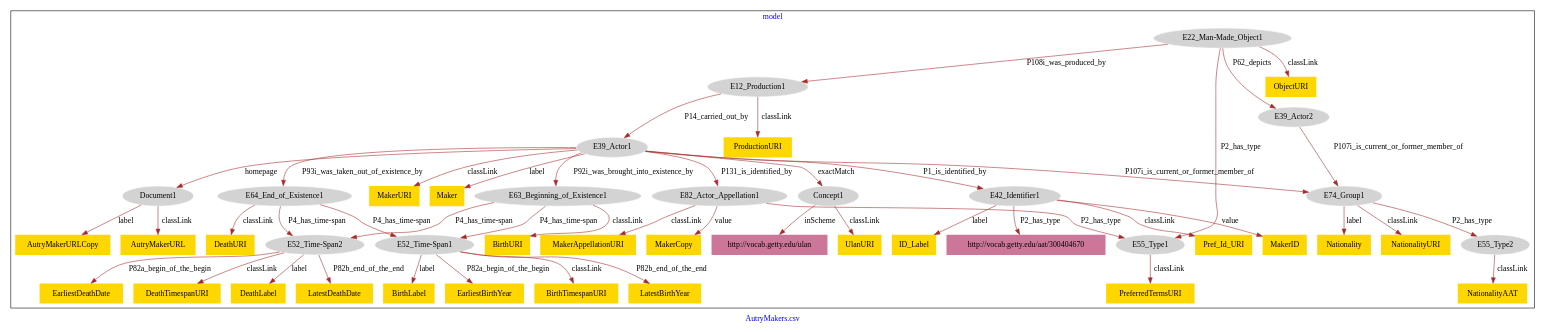
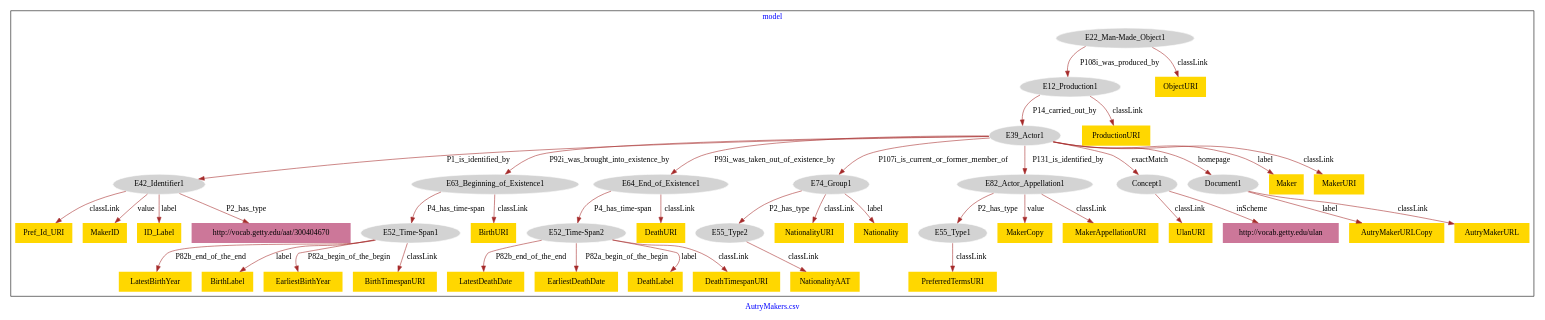
The diagram in AutryMakers/AutryMakers-model.dot (american-art/autry), drawn with Graphviz before and after one commit.

Commit message:
Update file AutryMakers-model.dot

```diff
--- a/AutryMakers/AutryMakers-model.dot
+++ b/AutryMakers/AutryMakers-model.dot
@@ -1,97 +1,91 @@
 digraph n0 {
 fontcolor="blue"
 remincross="true"
 label="AutryMakers.csv"
 subgraph cluster {
 label="model"
 n2[style="filled",color="white",fillcolor="lightgray",label="E12_Production1"];
 n3[style="filled",color="white",fillcolor="lightgray",label="E39_Actor1"];
 n4[style="filled",color="white",fillcolor="lightgray",label="E22_Man-Made_Object1"];
-n5[style="filled",color="white",fillcolor="lightgray",label="E39_Actor2"];
-n6[style="filled",color="white",fillcolor="lightgray",label="E42_Identifier1"];
-n7[style="filled",color="white",fillcolor="lightgray",label="E63_Beginning_of_Existence1"];
-n8[style="filled",color="white",fillcolor="lightgray",label="E64_End_of_Existence1"];
+n5[style="filled",color="white",fillcolor="lightgray",label="E42_Identifier1"];
+n6[style="filled",color="white",fillcolor="lightgray",label="E63_Beginning_of_Existence1"];
+n7[style="filled",color="white",fillcolor="lightgray",label="E64_End_of_Existence1"];
+n8[style="filled",color="white",fillcolor="lightgray",label="E74_Group1"];
 n9[style="filled",color="white",fillcolor="lightgray",label="E82_Actor_Appellation1"];
 n10[style="filled",color="white",fillcolor="lightgray",label="Concept1"];
 n11[style="filled",color="white",fillcolor="lightgray",label="Document1"];
-n12[style="filled",color="white",fillcolor="lightgray",label="E74_Group1"];
+n12[style="filled",color="white",fillcolor="lightgray",label="E52_Time-Span1"];
 n13[style="filled",color="white",fillcolor="lightgray",label="E52_Time-Span2"];
-n14[style="filled",color="white",fillcolor="lightgray",label="E52_Time-Span1"];
-n15[style="filled",color="white",fillcolor="lightgray",label="E55_Type2"];
-n16[style="filled",color="white",fillcolor="lightgray",label="E55_Type1"];
+n14[style="filled",color="white",fillcolor="lightgray",label="E55_Type2"];
+n15[style="filled",color="white",fillcolor="lightgray",label="E55_Type1"];
+n16[shape="plaintext",style="filled",fillcolor="gold",label="ProductionURI"];
 n17[shape="plaintext",style="filled",fillcolor="gold",label="NationalityAAT"];
-n18[shape="plaintext",style="filled",fillcolor="gold",label="ObjectURI"];
-n19[shape="plaintext",style="filled",fillcolor="gold",label="BirthURI"];
-n20[shape="plaintext",style="filled",fillcolor="gold",label="MakerURI"];
-n21[shape="plaintext",style="filled",fillcolor="gold",label="Pref_Id_URI"];
-n22[shape="plaintext",style="filled",fillcolor="gold",label="ProductionURI"];
-n23[shape="plaintext",style="filled",fillcolor="gold",label="EarliestDeathDate"];
-n24[shape="plaintext",style="filled",fillcolor="gold",label="AutryMakerURL"];
-n25[shape="plaintext",style="filled",fillcolor="gold",label="Maker"];
-n26[shape="plaintext",style="filled",fillcolor="gold",label="DeathTimespanURI"];
-n27[shape="plaintext",style="filled",fillcolor="gold",label="Nationality"];
-n28[shape="plaintext",style="filled",fillcolor="gold",label="MakerAppellationURI"];
-n29[shape="plaintext",style="filled",fillcolor="gold",label="BirthLabel"];
-n30[shape="plaintext",style="filled",fillcolor="gold",label="DeathLabel"];
-n31[shape="plaintext",style="filled",fillcolor="gold",label="MakerCopy"];
-n32[shape="plaintext",style="filled",fillcolor="gold",label="DeathURI"];
-n33[shape="plaintext",style="filled",fillcolor="gold",label="EarliestBirthYear"];
-n34[shape="plaintext",style="filled",fillcolor="gold",label="PreferredTermsURI"];
-n35[shape="plaintext",style="filled",fillcolor="gold",label="BirthTimespanURI"];
-n36[shape="plaintext",style="filled",fillcolor="gold",label="NationalityURI"];
-n37[shape="plaintext",style="filled",fillcolor="gold",label="MakerID"];
+n18[shape="plaintext",style="filled",fillcolor="gold",label="DeathURI"];
+n19[shape="plaintext",style="filled",fillcolor="gold",label="Pref_Id_URI"];
+n20[shape="plaintext",style="filled",fillcolor="gold",label="PreferredTermsURI"];
+n21[shape="plaintext",style="filled",fillcolor="gold",label="MakerID"];
+n22[shape="plaintext",style="filled",fillcolor="gold",label="LatestBirthYear"];
+n23[shape="plaintext",style="filled",fillcolor="gold",label="Maker"];
+n24[shape="plaintext",style="filled",fillcolor="gold",label="ObjectURI"];
+n25[shape="plaintext",style="filled",fillcolor="gold",label="MakerURI"];
+n26[shape="plaintext",style="filled",fillcolor="gold",label="BirthLabel"];
+n27[shape="plaintext",style="filled",fillcolor="gold",label="LatestDeathDate"];
+n28[shape="plaintext",style="filled",fillcolor="gold",label="EarliestBirthYear"];
+n29[shape="plaintext",style="filled",fillcolor="gold",label="EarliestDeathDate"];
+n30[shape="plaintext",style="filled",fillcolor="gold",label="MakerCopy"];
+n31[shape="plaintext",style="filled",fillcolor="gold",label="BirthTimespanURI"];
+n32[shape="plaintext",style="filled",fillcolor="gold",label="DeathLabel"];
+n33[shape="plaintext",style="filled",fillcolor="gold",label="ID_Label"];
+n34[shape="plaintext",style="filled",fillcolor="gold",label="BirthURI"];
+n35[shape="plaintext",style="filled",fillcolor="gold",label="AutryMakerURLCopy"];
+n36[shape="plaintext",style="filled",fillcolor="gold",label="MakerAppellationURI"];
+n37[shape="plaintext",style="filled",fillcolor="gold",label="NationalityURI"];
 n38[shape="plaintext",style="filled",fillcolor="gold",label="UlanURI"];
-n39[shape="plaintext",style="filled",fillcolor="gold",label="LatestBirthYear"];
-n40[shape="plaintext",style="filled",fillcolor="gold",label="LatestDeathDate"];
-n41[shape="plaintext",style="filled",fillcolor="gold",label="ID_Label"];
-n42[shape="plaintext",style="filled",fillcolor="gold",label="AutryMakerURLCopy"];
-n43[shape="plaintext",style="filled",fillcolor="#CC7799",label="http://vocab.getty.edu/aat/300404670"];
-n44[shape="plaintext",style="filled",fillcolor="#CC7799",label="http://vocab.getty.edu/ulan"];
+n39[shape="plaintext",style="filled",fillcolor="gold",label="DeathTimespanURI"];
+n40[shape="plaintext",style="filled",fillcolor="gold",label="AutryMakerURL"];
+n41[shape="plaintext",style="filled",fillcolor="gold",label="Nationality"];
+n42[shape="plaintext",style="filled",fillcolor="#CC7799",label="http://vocab.getty.edu/aat/300404670"];
+n43[shape="plaintext",style="filled",fillcolor="#CC7799",label="http://vocab.getty.edu/ulan"];
 }
 n2 -> n3[color="brown",fontcolor="black",label="P14_carried_out_by"]
 n4 -> n2[color="brown",fontcolor="black",label="P108i_was_produced_by"]
-n4 -> n5[color="brown",fontcolor="black",label="P62_depicts"]
-n3 -> n6[color="brown",fontcolor="black",label="P1_is_identified_by"]
-n3 -> n7[color="brown",fontcolor="black",label="P92i_was_brought_into_existence_by"]
-n3 -> n8[color="brown",fontcolor="black",label="P93i_was_taken_out_of_existence_by"]
+n3 -> n5[color="brown",fontcolor="black",label="P1_is_identified_by"]
+n3 -> n6[color="brown",fontcolor="black",label="P92i_was_brought_into_existence_by"]
+n3 -> n7[color="brown",fontcolor="black",label="P93i_was_taken_out_of_existence_by"]
+n3 -> n8[color="brown",fontcolor="black",label="P107i_is_current_or_former_member_of"]
 n3 -> n9[color="brown",fontcolor="black",label="P131_is_identified_by"]
 n3 -> n10[color="brown",fontcolor="black",label="exactMatch"]
 n3 -> n11[color="brown",fontcolor="black",label="homepage"]
-n5 -> n12[color="brown",fontcolor="black",label="P107i_is_current_or_former_member_of"]
+n6 -> n12[color="brown",fontcolor="black",label="P4_has_time-span"]
 n7 -> n13[color="brown",fontcolor="black",label="P4_has_time-span"]
-n8 -> n14[color="brown",fontcolor="black",label="P4_has_time-span"]
-n12 -> n15[color="brown",fontcolor="black",label="P2_has_type"]
-n9 -> n16[color="brown",fontcolor="black",label="P2_has_type"]
-n15 -> n17[color="brown",fontcolor="black",label="classLink"]
-n4 -> n18[color="brown",fontcolor="black",label="classLink"]
-n7 -> n19[color="brown",fontcolor="black",label="classLink"]
-n3 -> n20[color="brown",fontcolor="black",label="classLink"]
-n6 -> n21[color="brown",fontcolor="black",label="classLink"]
-n2 -> n22[color="brown",fontcolor="black",label="classLink"]
-n13 -> n23[color="brown",fontcolor="black",label="P82a_begin_of_the_begin"]
-n11 -> n24[color="brown",fontcolor="black",label="classLink"]
-n3 -> n25[color="brown",fontcolor="black",label="label"]
-n13 -> n26[color="brown",fontcolor="black",label="classLink"]
-n12 -> n27[color="brown",fontcolor="black",label="label"]
-n9 -> n28[color="brown",fontcolor="black",label="classLink"]
-n14 -> n29[color="brown",fontcolor="black",label="label"]
-n13 -> n30[color="brown",fontcolor="black",label="label"]
-n9 -> n31[color="brown",fontcolor="black",label="value"]
-n8 -> n32[color="brown",fontcolor="black",label="classLink"]
-n14 -> n33[color="brown",fontcolor="black",label="P82a_begin_of_the_begin"]
-n16 -> n34[color="brown",fontcolor="black",label="classLink"]
-n14 -> n35[color="brown",fontcolor="black",label="classLink"]
-n12 -> n36[color="brown",fontcolor="black",label="classLink"]
-n6 -> n37[color="brown",fontcolor="black",label="value"]
+n8 -> n14[color="brown",fontcolor="black",label="P2_has_type"]
+n9 -> n15[color="brown",fontcolor="black",label="P2_has_type"]
+n2 -> n16[color="brown",fontcolor="black",label="classLink"]
+n14 -> n17[color="brown",fontcolor="black",label="classLink"]
+n7 -> n18[color="brown",fontcolor="black",label="classLink"]
+n5 -> n19[color="brown",fontcolor="black",label="classLink"]
+n15 -> n20[color="brown",fontcolor="black",label="classLink"]
+n5 -> n21[color="brown",fontcolor="black",label="value"]
+n12 -> n22[color="brown",fontcolor="black",label="P82b_end_of_the_end"]
+n3 -> n23[color="brown",fontcolor="black",label="label"]
+n4 -> n24[color="brown",fontcolor="black",label="classLink"]
+n3 -> n25[color="brown",fontcolor="black",label="classLink"]
+n12 -> n26[color="brown",fontcolor="black",label="label"]
+n13 -> n27[color="brown",fontcolor="black",label="P82b_end_of_the_end"]
+n12 -> n28[color="brown",fontcolor="black",label="P82a_begin_of_the_begin"]
+n13 -> n29[color="brown",fontcolor="black",label="P82a_begin_of_the_begin"]
+n9 -> n30[color="brown",fontcolor="black",label="value"]
+n12 -> n31[color="brown",fontcolor="black",label="classLink"]
+n13 -> n32[color="brown",fontcolor="black",label="label"]
+n5 -> n33[color="brown",fontcolor="black",label="label"]
+n6 -> n34[color="brown",fontcolor="black",label="classLink"]
+n11 -> n35[color="brown",fontcolor="black",label="label"]
+n9 -> n36[color="brown",fontcolor="black",label="classLink"]
+n8 -> n37[color="brown",fontcolor="black",label="classLink"]
 n10 -> n38[color="brown",fontcolor="black",label="classLink"]
-n14 -> n39[color="brown",fontcolor="black",label="P82b_end_of_the_end"]
-n13 -> n40[color="brown",fontcolor="black",label="P82b_end_of_the_end"]
-n6 -> n41[color="brown",fontcolor="black",label="label"]
-n11 -> n42[color="brown",fontcolor="black",label="label"]
-n7 -> n14[color="brown",fontcolor="black",label="P4_has_time-span"]
-n6 -> n43[color="brown",fontcolor="black",label="P2_has_type"]
-n4 -> n16[color="brown",fontcolor="black",label="P2_has_type"]
-n10 -> n44[color="brown",fontcolor="black",label="inScheme"]
-n3 -> n12[color="brown",fontcolor="black",label="P107i_is_current_or_former_member_of"]
-n8 -> n13[color="brown",fontcolor="black",label="P4_has_time-span"]
+n13 -> n39[color="brown",fontcolor="black",label="classLink"]
+n11 -> n40[color="brown",fontcolor="black",label="classLink"]
+n8 -> n41[color="brown",fontcolor="black",label="label"]
+n5 -> n42[color="brown",fontcolor="black",label="P2_has_type"]
+n10 -> n43[color="brown",fontcolor="black",label="inScheme"]
 }
```
